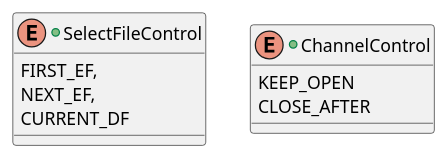
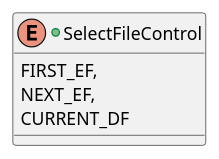
Diagram 14 of 21 in src/KeypleCalypsoApi/ApplicationApi/puml/KeypleCalypso-ApplicationApi-ClassDiag-Transaction-ClassElements.iuml (calypsonet/keyple), drawn with PlantUML before and after one commit. The commit also changed other lines of this file and 10 other files, not shown here.

```diff
--- a/src/KeypleCalypsoApi/ApplicationApi/puml/KeypleCalypso-ApplicationApi-ClassDiag-Transaction-ClassElements.iuml
+++ b/src/KeypleCalypsoApi/ApplicationApi/puml/KeypleCalypso-ApplicationApi-ClassDiag-Transaction-ClassElements.iuml
@@ -519,12 +521,14 @@
 @startuml(id=TRANSACTION_POTRANSACTION_EXTPARAM)
 +enum SelectFileControl {
   FIRST_EF,
   NEXT_EF,
   CURRENT_DF
 }
 
+/'
 +enum ChannelControl {
   KEEP_OPEN
   CLOSE_AFTER
 }
+'/
 @enduml
```
